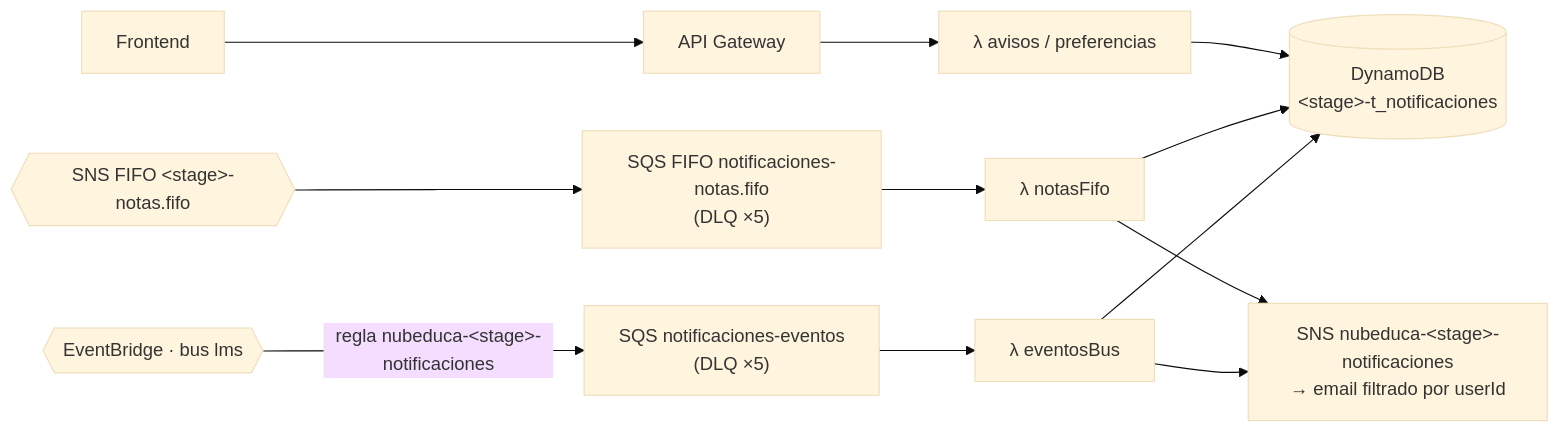
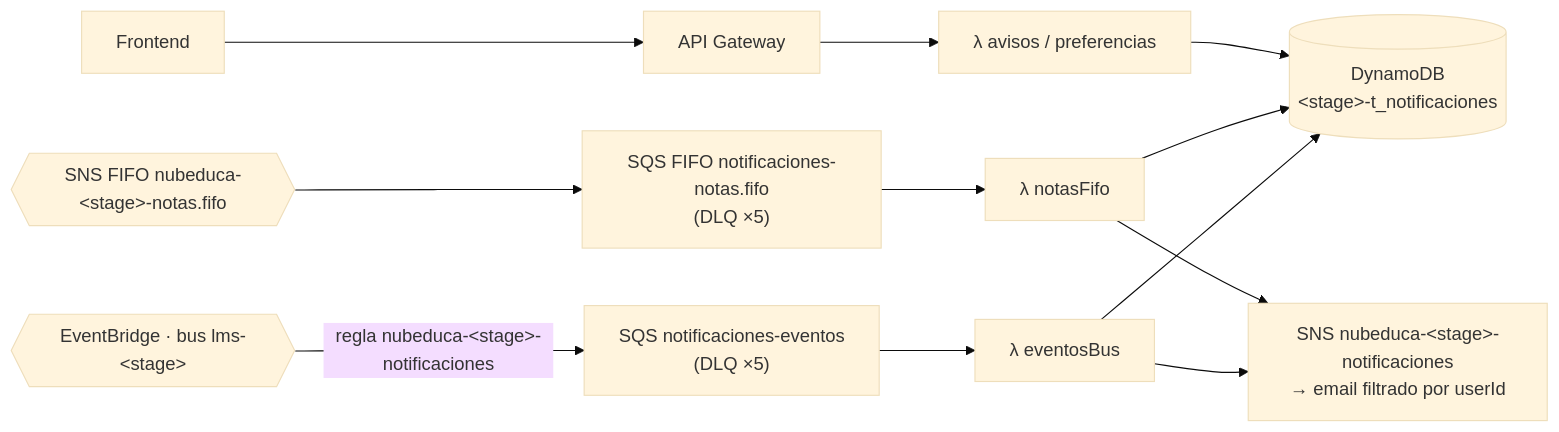
Before and after one commit to nubeduca/nubeduca-ms-notificaciones: the diagram in README.md, drawn with Mermaid (base theme). The commit also changed other lines of this file and 5 other files, not shown here.

First line of the commit message:
Nombres del bus y tópico FIFO de PLT-04 (lms-<stage>, nubeduca-<stage>-notas.fifo)

````diff
--- a/README.md
+++ b/README.md
@@ -11,8 +11,8 @@
 ```mermaid
 flowchart LR
-    BUS{{"EventBridge · bus lms"}} -- "regla nubeduca-&lt;stage&gt;-notificaciones" --> Q1["SQS notificaciones-eventos<br/>(DLQ ×5)"] --> L1["λ eventosBus"]
-    FIFO{{"SNS FIFO &lt;stage&gt;-notas.fifo"}} --> Q2["SQS FIFO notificaciones-notas.fifo<br/>(DLQ ×5)"] --> L2["λ notasFifo"]
+    BUS{{"EventBridge · bus lms-&lt;stage&gt;"}} -- "regla nubeduca-&lt;stage&gt;-notificaciones" --> Q1["SQS notificaciones-eventos<br/>(DLQ ×5)"] --> L1["λ eventosBus"]
+    FIFO{{"SNS FIFO nubeduca-&lt;stage&gt;-notas.fifo"}} --> Q2["SQS FIFO notificaciones-notas.fifo<br/>(DLQ ×5)"] --> L2["λ notasFifo"]
     L1 & L2 --> DB[("DynamoDB<br/>&lt;stage&gt;-t_notificaciones")]
     L1 & L2 --> MAIL["SNS nubeduca-&lt;stage&gt;-notificaciones<br/>→ email filtrado por userId"]
     FE["Frontend"] --> API["API Gateway"] --> L3["λ avisos / preferencias"] --> DB
 ```
````
